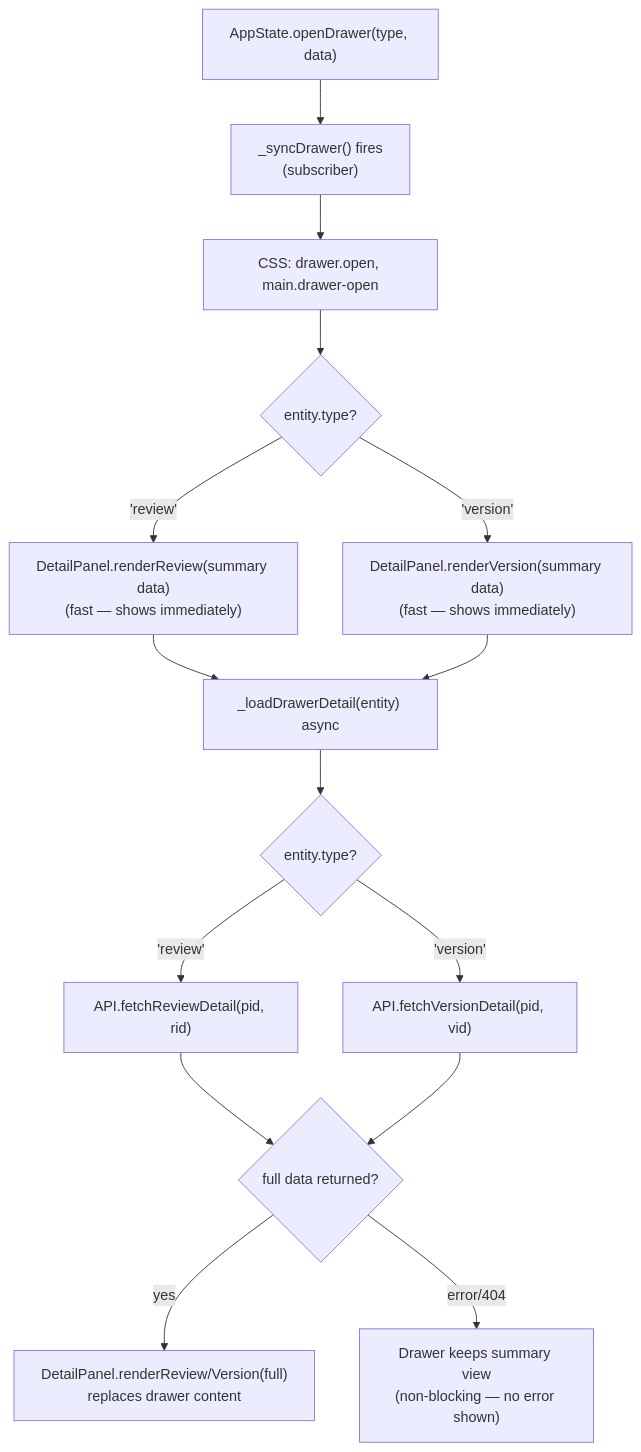
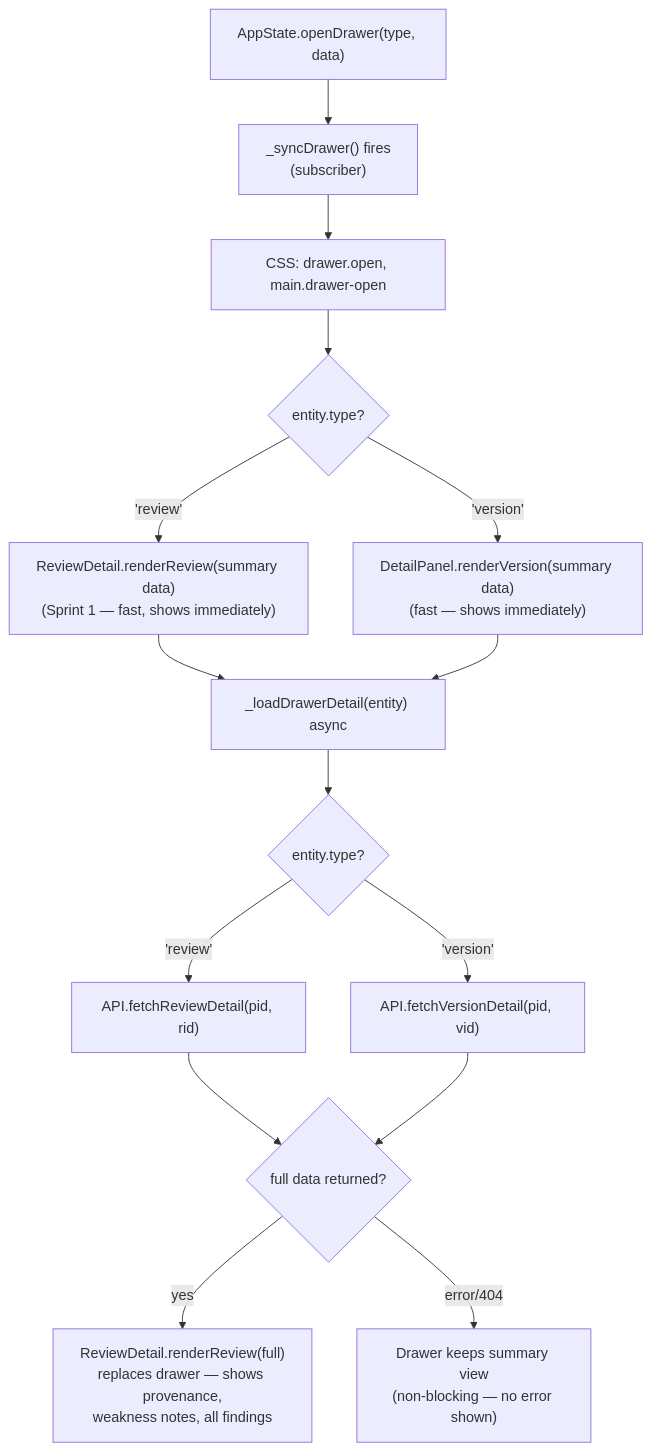
The sixth of 8 diagrams in docs/architecture/logic_flow.md (LoneWolfDen/Project_Delivery_Accelerator_Engine), drawn with Mermaid before and after one commit. The commit also changed other lines of this file and 17 other files, not shown here.

````diff
--- a/docs/architecture/logic_flow.md
+++ b/docs/architecture/logic_flow.md
@@ -123,17 +123,17 @@
 ```mermaid
 flowchart TD
     A["AppState.openDrawer(type, data)"] --> B["_syncDrawer() fires<br/>(subscriber)"]
     B --> C["CSS: drawer.open, main.drawer-open"]
     C --> D{"entity.type?"}
-    D -->|'review'| E["DetailPanel.renderReview(summary data)<br/>(fast — shows immediately)"]
+    D -->|'review'| E["ReviewDetail.renderReview(summary data)<br/>(Sprint 1 — fast, shows immediately)"]
     D -->|'version'| F["DetailPanel.renderVersion(summary data)<br/>(fast — shows immediately)"]
     E --> G["_loadDrawerDetail(entity) async"]
     F --> G
     G --> H{"entity.type?"}
     H -->|'review'| I["API.fetchReviewDetail(pid, rid)"]
     H -->|'version'| J["API.fetchVersionDetail(pid, vid)"]
     I --> K{"full data returned?"}
     J --> K
-    K -->|yes| L["DetailPanel.renderReview/Version(full)<br/>replaces drawer content"]
+    K -->|yes| L["ReviewDetail.renderReview(full)<br/>replaces drawer — shows provenance,<br/>weakness notes, all findings"]
     K -->|error/404| M["Drawer keeps summary view<br/>(non-blocking — no error shown)"]
 ```
````
